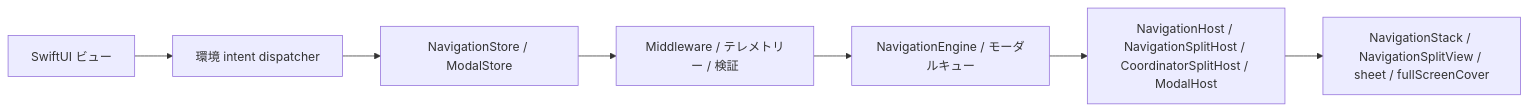
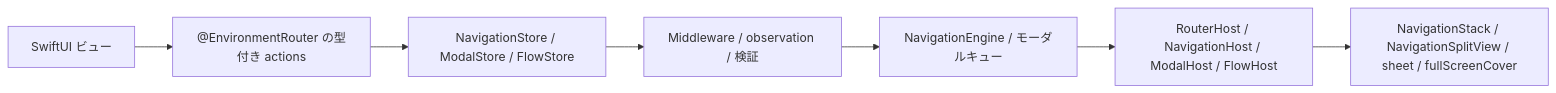
The first of 2 diagrams in README.ja.md (InnoSquadCorp/InnoRouter), drawn with Mermaid before and after one commit. The commit also changed other lines of this file and 57 other files, not shown here.

````diff
--- a/README.ja.md
+++ b/README.ja.md
@@ -305,9 +305,9 @@
 ```mermaid
 flowchart LR
-    View["SwiftUI ビュー"] --> Intent["環境 intent dispatcher"]
-    Intent --> Store["NavigationStore / ModalStore"]
-    Store --> Policy["Middleware / テレメトリー / 検証"]
+    View["SwiftUI ビュー"] --> Actions["@EnvironmentRouter の型付き actions"]
+    Actions --> Store["NavigationStore / ModalStore / FlowStore"]
+    Store --> Policy["Middleware / observation / 検証"]
     Policy --> Execution["NavigationEngine / モーダルキュー"]
-    Execution --> Host["NavigationHost / NavigationSplitHost / CoordinatorSplitHost / ModalHost"]
+    Execution --> Host["RouterHost / NavigationHost / ModalHost / FlowHost"]
     Host --> System["NavigationStack / NavigationSplitView / sheet / fullScreenCover"]
 ```
````
